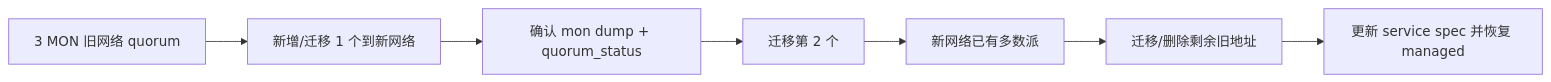
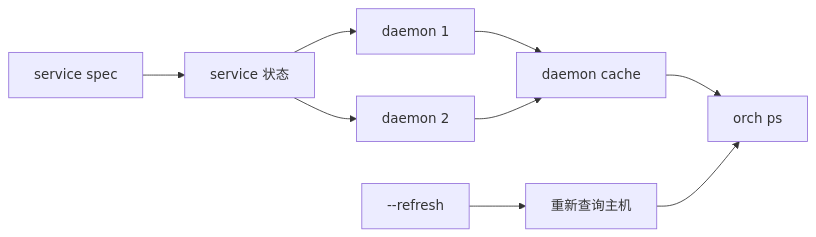
Before and after one commit to brinnatt/kubeauto: the tenth of 43 diagrams in docs/storage/ceph/02-cephadm.md, drawn with Mermaid. The commit also changed other lines of this file and 1 other file, not shown here.

````diff
--- a/docs/storage/ceph/02-cephadm.md
+++ b/docs/storage/ceph/02-cephadm.md
@@ -370,9 +509,10 @@
 ```mermaid
 flowchart LR
-  Q0[3 MON 旧网络 quorum] --> A[新增/迁移 1 个到新网络]
-  A --> Q1[确认 mon dump + quorum_status]
-  Q1 --> B[迁移第 2 个]
-  B --> Q2[新网络已有多数派]
-  Q2 --> C[迁移/删除剩余旧地址]
-  C --> S[更新 service spec 并恢复 managed]
+  SPEC[service spec] --> SV[service 状态]
+  SV --> D1[daemon 1]
+  SV --> D2[daemon 2]
+  D1 & D2 --> CACHE[daemon cache]
+  CACHE --> PS[orch ps]
+  REF[--refresh] --> LIVE[重新查询主机]
+  LIVE --> PS
 ```
````
